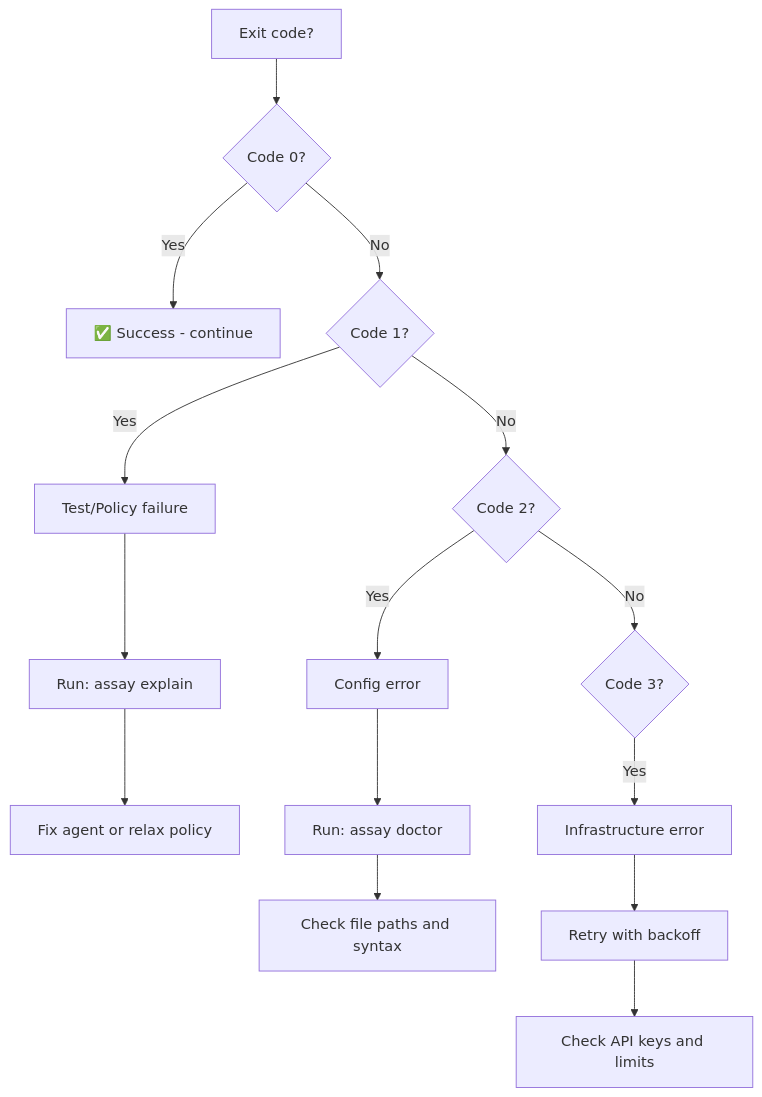
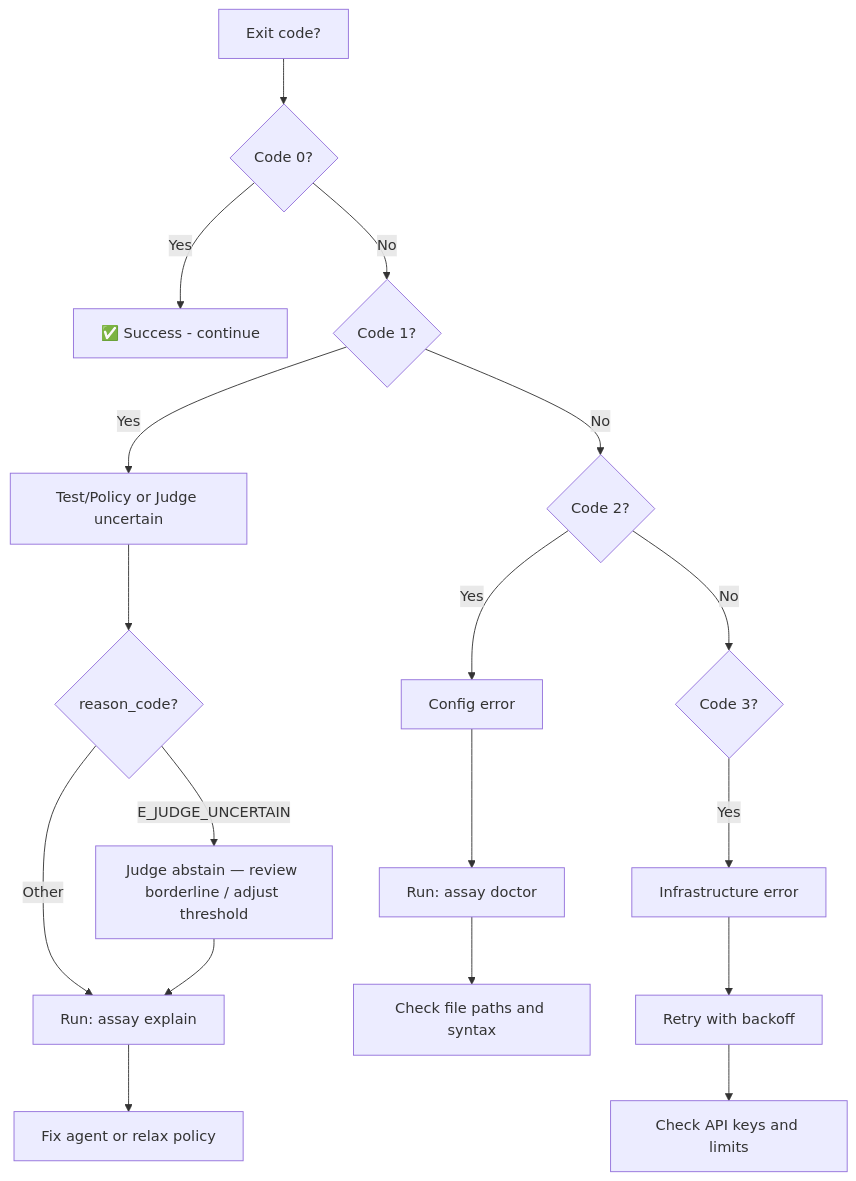
The second of 7 diagrams in docs/AIcontext/decision-trees.md (Rul1an/assay), drawn with Mermaid before and after one commit. The commit also changed other lines of this file and 36 other files, not shown here.

````diff
--- a/docs/AIcontext/decision-trees.md
+++ b/docs/AIcontext/decision-trees.md
@@ -38,20 +38,23 @@
 ```mermaid
 flowchart TD
     EXIT[Exit code?] --> E0{Code 0?}
     E0 -->|Yes| SUCCESS[✅ Success - continue]
 
     E0 -->|No| E1{Code 1?}
-    E1 -->|Yes| TEST_FAIL[Test/Policy failure]
-    TEST_FAIL --> EXPLAIN[Run: assay explain]
+    E1 -->|Yes| TEST_FAIL[Test/Policy or Judge uncertain]
+    TEST_FAIL --> REASON{reason_code?}
+    REASON -->|E_JUDGE_UNCERTAIN| JUDGE_ABSTAIN[Judge abstain — review borderline / adjust threshold]
+    REASON -->|Other| EXPLAIN[Run: assay explain]
+    JUDGE_ABSTAIN --> EXPLAIN
     EXPLAIN --> FIX_AGENT[Fix agent or relax policy]
 
     E1 -->|No| E2{Code 2?}
     E2 -->|Yes| CONFIG[Config error]
     CONFIG --> DOCTOR[Run: assay doctor]
     DOCTOR --> CHECK_FILES[Check file paths and syntax]
 
     E2 -->|No| E3{Code 3?}
     E3 -->|Yes| INFRA[Infrastructure error]
     INFRA --> RETRY[Retry with backoff]
     RETRY --> CHECK_API[Check API keys and limits]
 ```
````
